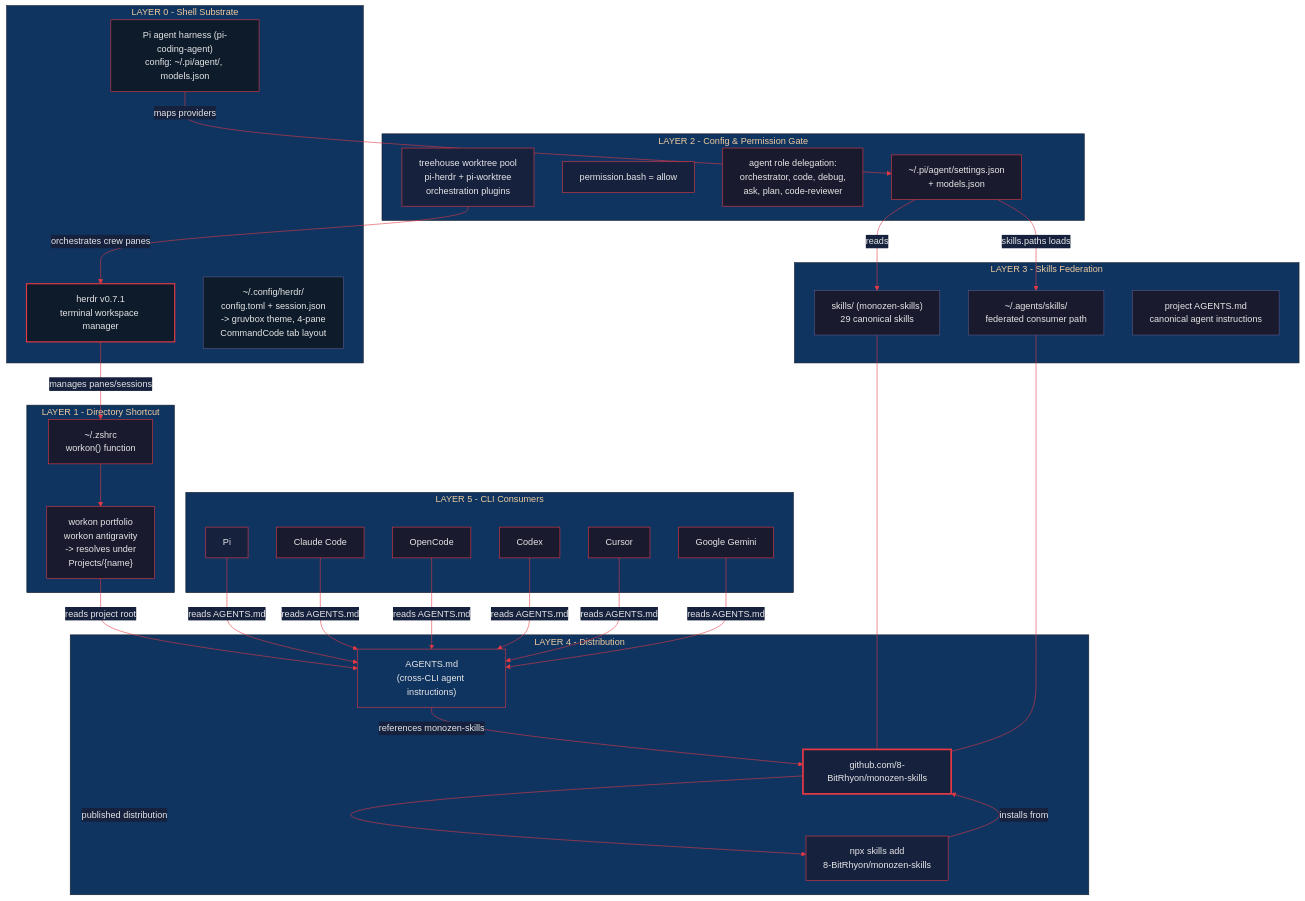
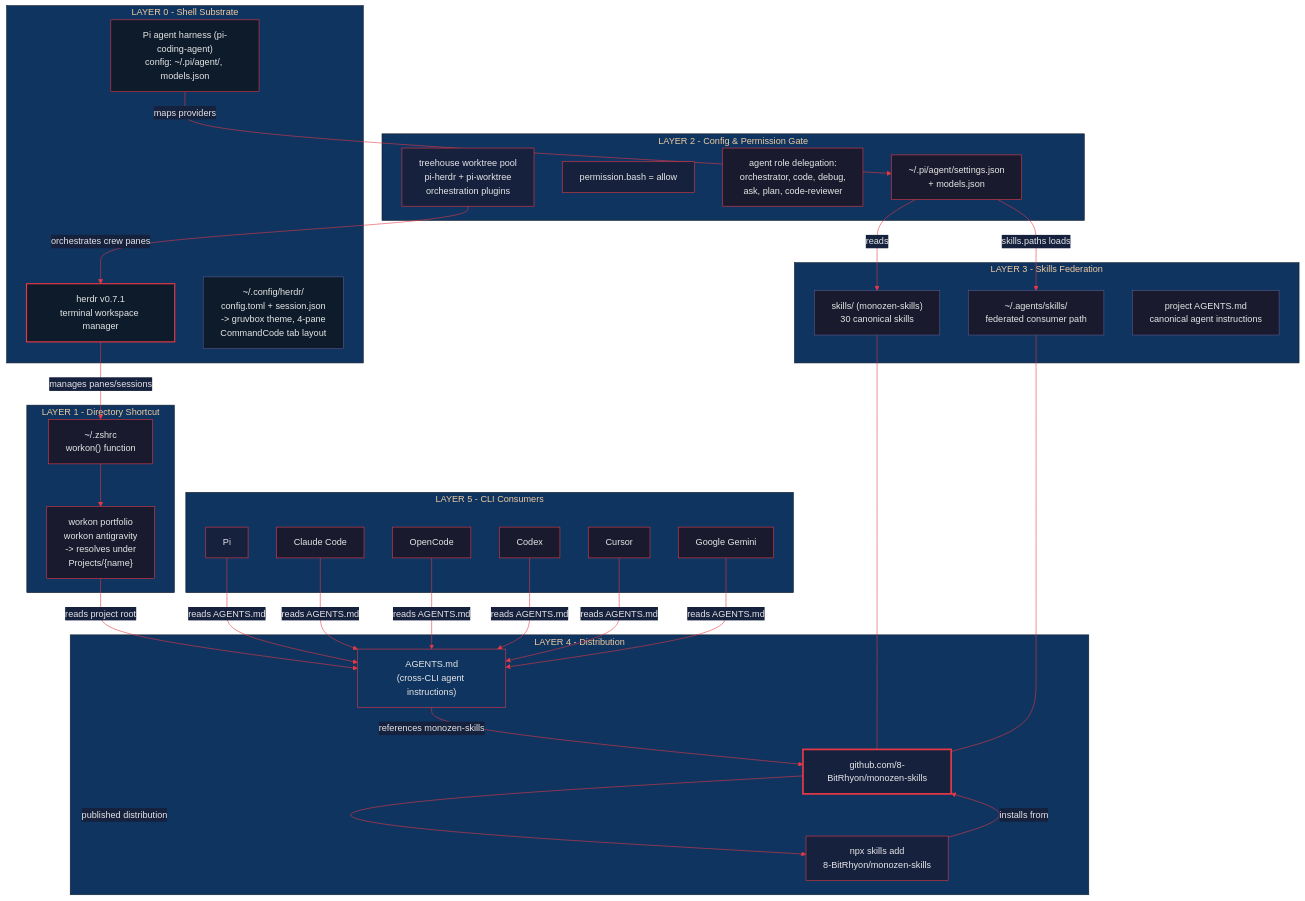
Before and after one commit to 8-BitRhyon/monozen-skills: the diagram in assets/monozen-skills-arch.mmd, drawn with Mermaid. The commit also changed 17 other files, not shown here.

```diff
--- a/assets/monozen-skills-arch.mmd
+++ b/assets/monozen-skills-arch.mmd
@@ -1,75 +1,75 @@
 %%{init: {'theme': 'base', 'themeVariables': {'primaryColor': '#1a1a2e', 'primaryTextColor': '#e6e6e6', 'primaryBorderColor': '#e63946', 'lineColor': '#e63946', 'secondaryColor': '#16213e', 'tertiaryColor': '#0f3460'}}}%%
 
 flowchart TB
     subgraph Layer0["LAYER 0 - Shell Substrate"]
         HR["herdr v0.7.1<br/>terminal workspace manager"]
         PIF["Pi agent harness (pi-coding-agent)<br/>config: ~/.pi/agent/, models.json"]
         HRCFG["~/.config/herdr/<br/>config.toml + session.json<br/>-> gruvbox theme, 4-pane<br/>  CommandCode tab layout"]
     end
 
     subgraph Layer1["LAYER 1 - Directory Shortcut"]
         ZS["~/.zshrc<br/>workon() function"]
         WU["workon portfolio<br/>workon antigravity<br/>-> resolves under<br/>Projects/{name}"]
     end
 
     subgraph Layer2["LAYER 2 - Config & Permission Gate"]
         KC["~/.pi/agent/settings.json<br/>+ models.json"]
         PERM["permission.bash = allow"]
         AGD["agent role delegation:<br/>orchestrator, code, debug,<br/>ask, plan, code-reviewer"]
         IDX["treehouse worktree pool<br/>pi-herdr + pi-worktree<br/>orchestration plugins"]
     end
 
     subgraph Layer3["LAYER 3 - Skills Federation"]
-        FS1["skills/ (monozen-skills)<br/>29 canonical skills"]
+        FS1["skills/ (monozen-skills)<br/>30 canonical skills"]
         FS2["~/.agents/skills/<br/>federated consumer path"]
         FS3["project AGENTS.md<br/>canonical agent instructions"]
     end
 
     subgraph Layer4["LAYER 4 - Distribution"]
         MS["github.com/8-BitRhyon/monozen-skills"]
         NPX["npx skills add<br/>8-BitRhyon/monozen-skills"]
         AG["AGENTS.md<br/>(cross-CLI agent instructions)"]
     end
 
     subgraph Layer5["LAYER 5 - CLI Consumers"]
         PI["Pi"]
         CC["Claude Code"]
         OC["OpenCode"]
         CX["Codex"]
         CU["Cursor"]
         GK["Google Gemini"]
     end
 
     HR -->|manages panes/sessions| ZS
     ZS --> WU
     WU -->|reads project root| AG
     AG -->|references monozen-skills| MS
     PIF -->|maps providers| KC
     KC -->|skills.paths loads| FS2
     KC -->|reads| FS1
     IDX -->|orchestrates crew panes| HR
     NPX -->|installs from| MS
     MS -->|published distribution| NPX
     FS1 --- MS
     FS2 --- MS
     PI -->|reads AGENTS.md| AG
     CC -->|reads AGENTS.md| AG
     OC -->|reads AGENTS.md| AG
     CX -->|reads AGENTS.md| AG
     CU -->|reads AGENTS.md| AG
     GK -->|reads AGENTS.md| AG
 
     style HR fill:#0d1b2a,stroke:#e63946,color:#e6e6e6,stroke-width:2px
     style PIF fill:#0d1b2a,stroke:#e63946,color:#e6e6e6
     style HRCFG fill:#0d1b2a,stroke:#5a5a8a,color:#e6e6e6
     style ZS fill:#1a1a2e,stroke:#e63946,color:#e6e6e6
     style KC fill:#1a1a2e,stroke:#e63946,color:#e6e6e6
     style MS fill:#16213e,stroke:#e63946,color:#e6e6e6,stroke-width:3px
     style AG fill:#0f3460,stroke:#e63946,color:#e6e6e6
     style NPX fill:#16213e,stroke:#e63946,color:#e6e6e6
     style FS1 fill:#1a1a2e,stroke:#5a5a8a,color:#e6e6e6
     style FS2 fill:#1a1a2e,stroke:#5a5a8a,color:#e6e6e6
     style FS3 fill:#1a1a2e,stroke:#5a5a8a,color:#e6e6e6
     style PI fill:#16213e,stroke:#e63946,color:#e6e6e6
     style PERM fill:#16213e,stroke:#e63946,color:#e6e6e6
     style IDX fill:#16213e,stroke:#e63946,color:#e6e6e6
```
